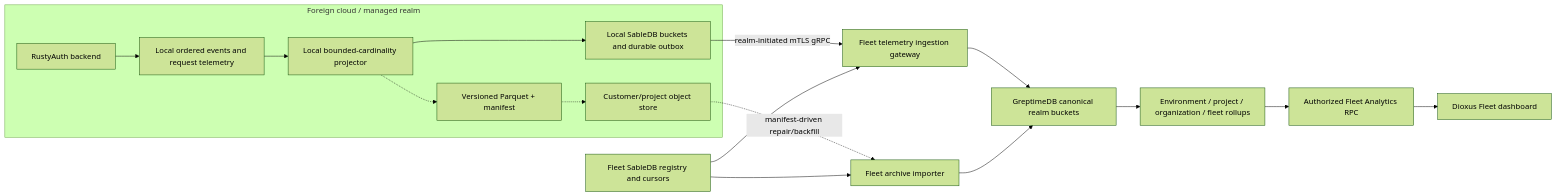
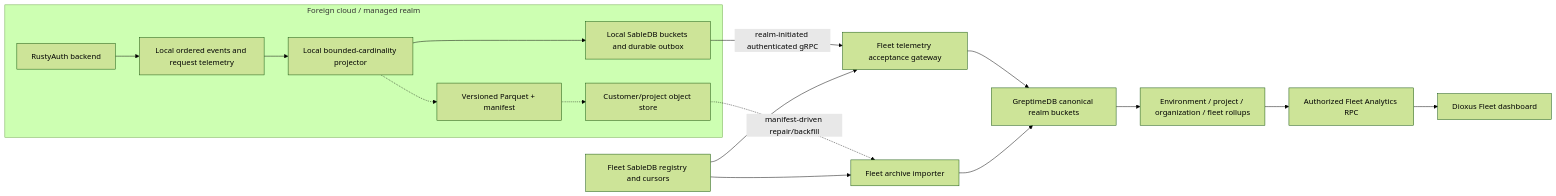
Before and after one commit to rusty-auth/rustyauth: the diagram in docs/FLEET_ANALYTICS.md, drawn with Mermaid (forest theme). The commit also changed other lines of this file and 264 other files, not shown here.

````diff
--- a/docs/FLEET_ANALYTICS.md
+++ b/docs/FLEET_ANALYTICS.md
@@ -84,20 +97,20 @@
 ```mermaid
 flowchart LR
     subgraph Realm["Foreign cloud / managed realm"]
         Auth["RustyAuth backend"] --> Events["Local ordered events and request telemetry"]
         Events --> Projector["Local bounded-cardinality projector"]
         Projector --> Local["Local SableDB buckets and durable outbox"]
         Projector -.-> Archive["Versioned Parquet + manifest"]
         Archive -.-> CustomerBucket["Customer/project object store"]
     end
 
-    Local -->|"realm-initiated mTLS gRPC"| Gateway["Fleet telemetry ingestion gateway"]
+    Local -->|"realm-initiated authenticated gRPC"| Gateway["Fleet telemetry acceptance gateway"]
     CustomerBucket -.->|"manifest-driven repair/backfill"| Importer["Fleet archive importer"]
     Registry["Fleet SableDB registry and cursors"] --> Gateway
     Registry --> Importer
     Gateway --> Canonical["GreptimeDB canonical realm buckets"]
     Importer --> Canonical
     Canonical --> Rollups["Environment / project / organization / fleet rollups"]
     Rollups --> MetricsAPI["Authorized Fleet Analytics RPC"]
     MetricsAPI --> Dashboard["Dioxus Fleet dashboard"]
 ```
````
